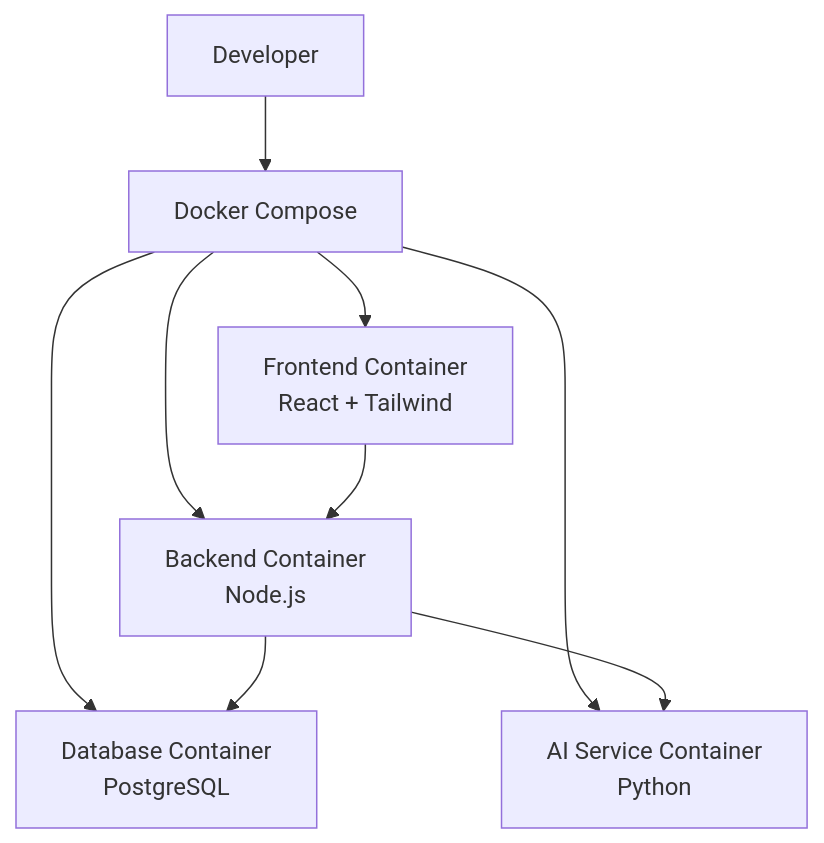
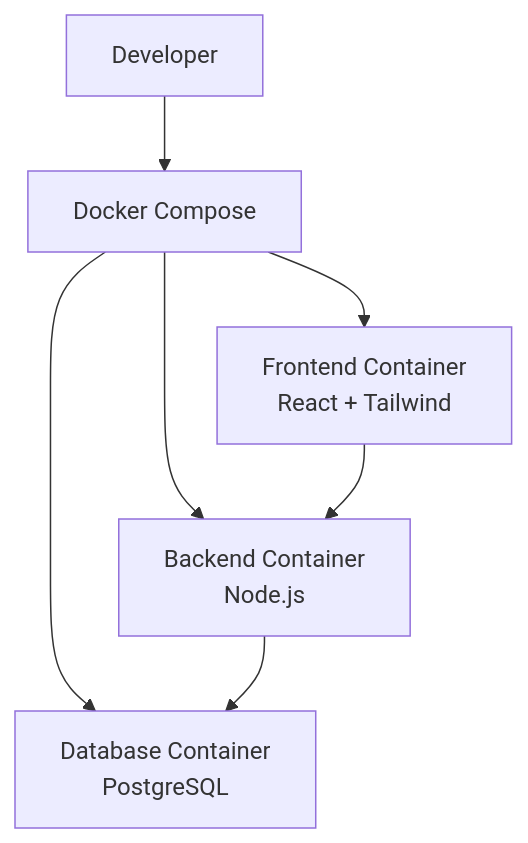
One commit to rdsne-08/Dr.250 changed the third of 4 diagrams in README.md. Above: the diagram before and after it, drawn with Mermaid. The commit also changed other lines of this file and 39 other files, not shown here.

````diff
--- a/README.md
+++ b/README.md
@@ -303,21 +227,19 @@
 ```mermaid
 flowchart TB
 
     DEV[Developer]
 
     DEV --> COMPOSE[Docker Compose]
 
     COMPOSE --> FRONT[Frontend Container<br/>React + Tailwind]
 
     COMPOSE --> BACK[Backend Container<br/>Node.js]
 
-    COMPOSE --> AI[AI Service Container<br/>Python]
 
     COMPOSE --> DB[Database Container<br/>PostgreSQL]
 
     FRONT --> BACK
 
     BACK --> DB
 
-    BACK --> AI
 ```
````
